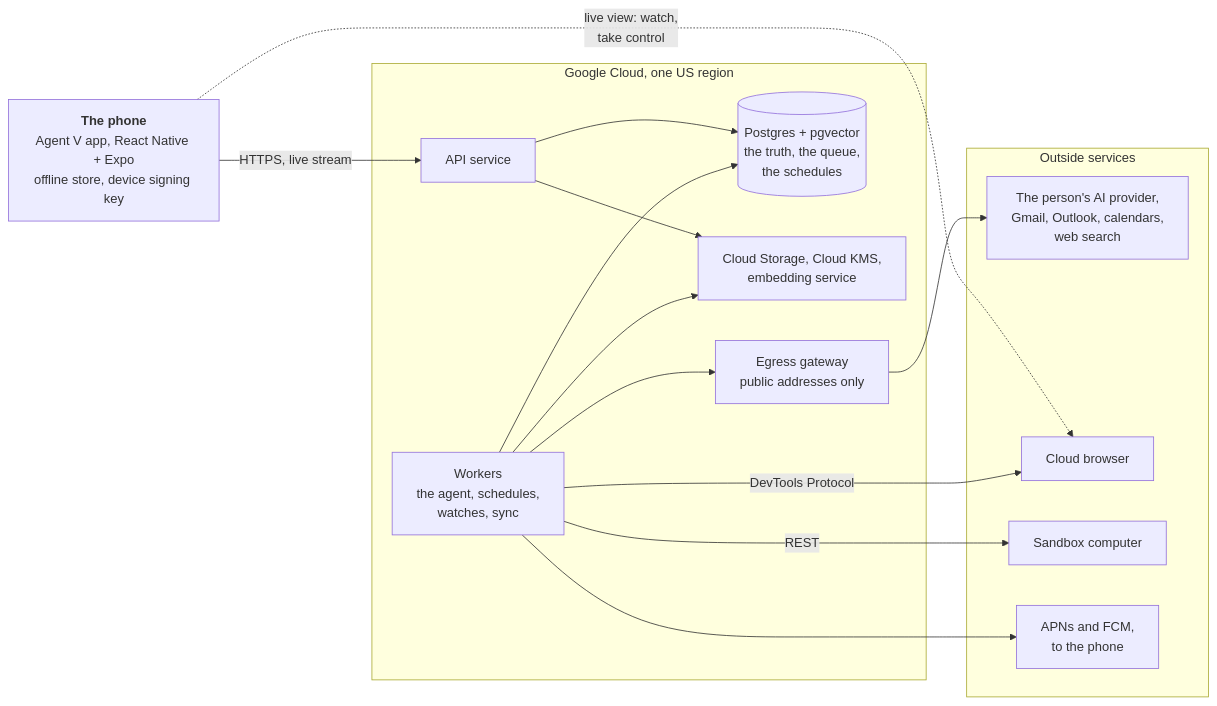
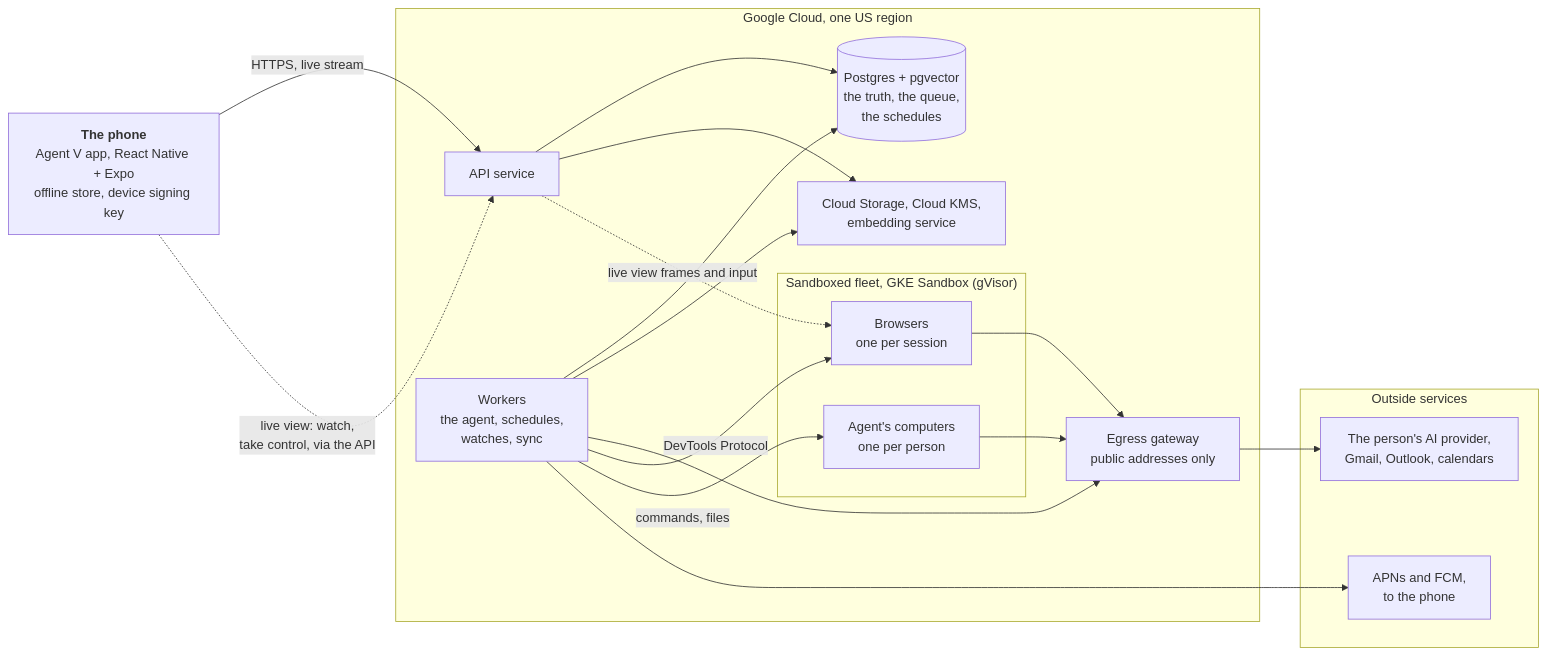
The diagram in docs/design/06-technical-design.md (vyotiqai/agent-v), drawn with Mermaid before and after one commit. The commit also changed other lines of this file and 1 other file, not shown here.

First line of the commit message:
Make everything custom: our own browsers and computers in stage 6

````diff
--- a/docs/design/06-technical-design.md
+++ b/docs/design/06-technical-design.md
@@ -32,30 +32,35 @@
 ```mermaid
 flowchart LR
   App["<b>The phone</b><br/>Agent V app, React Native + Expo<br/>offline store, device signing key"]
 
   subgraph GCP["Google Cloud, one US region"]
     API["API service"]
     Workers["Workers<br/>the agent, schedules,<br/>watches, sync"]
     DB[("Postgres + pgvector<br/>the truth, the queue,<br/>the schedules")]
     Side["Cloud Storage, Cloud KMS,<br/>embedding service"]
     Egress["Egress gateway<br/>public addresses only"]
+    subgraph Fleet["Sandboxed fleet, GKE Sandbox (gVisor)"]
+      Browser["Browsers<br/>one per session"]
+      Sandbox["Agent's computers<br/>one per person"]
+    end
   end
 
   subgraph Outside["Outside services"]
-    Net["The person's AI provider,<br/>Gmail, Outlook, calendars,<br/>web search"]
-    Browser["Cloud browser"]
-    Sandbox["Sandbox computer"]
+    Net["The person's AI provider,<br/>Gmail, Outlook, calendars"]
     Push["APNs and FCM,<br/>to the phone"]
   end
 
   App -->|"HTTPS, live stream"| API
-  App -.->|"live view: watch,<br/>take control"| Browser
+  App -.->|"live view: watch,<br/>take control, via the API"| API
   API --> DB
   API --> Side
+  API -.->|"live view frames and input"| Browser
   Workers --> DB
   Workers --> Side
   Workers --> Egress --> Net
   Workers -->|"DevTools Protocol"| Browser
-  Workers -->|"REST"| Sandbox
+  Workers -->|"commands, files"| Sandbox
+  Browser --> Egress
+  Sandbox --> Egress
   Workers --> Push
 ```
````
